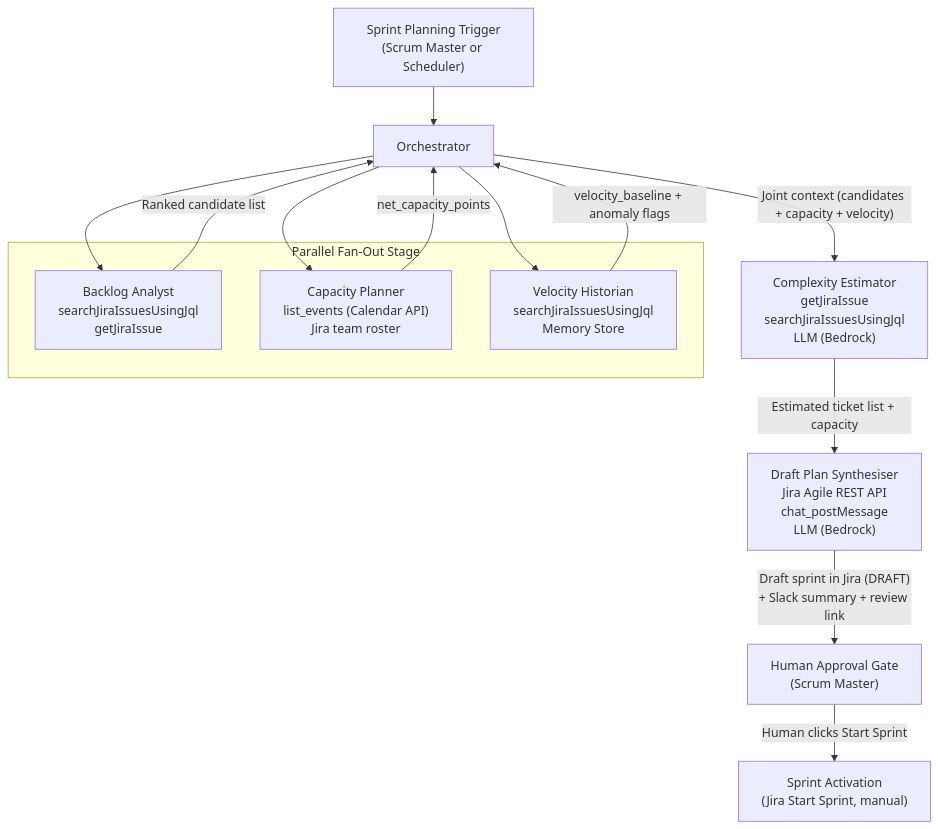
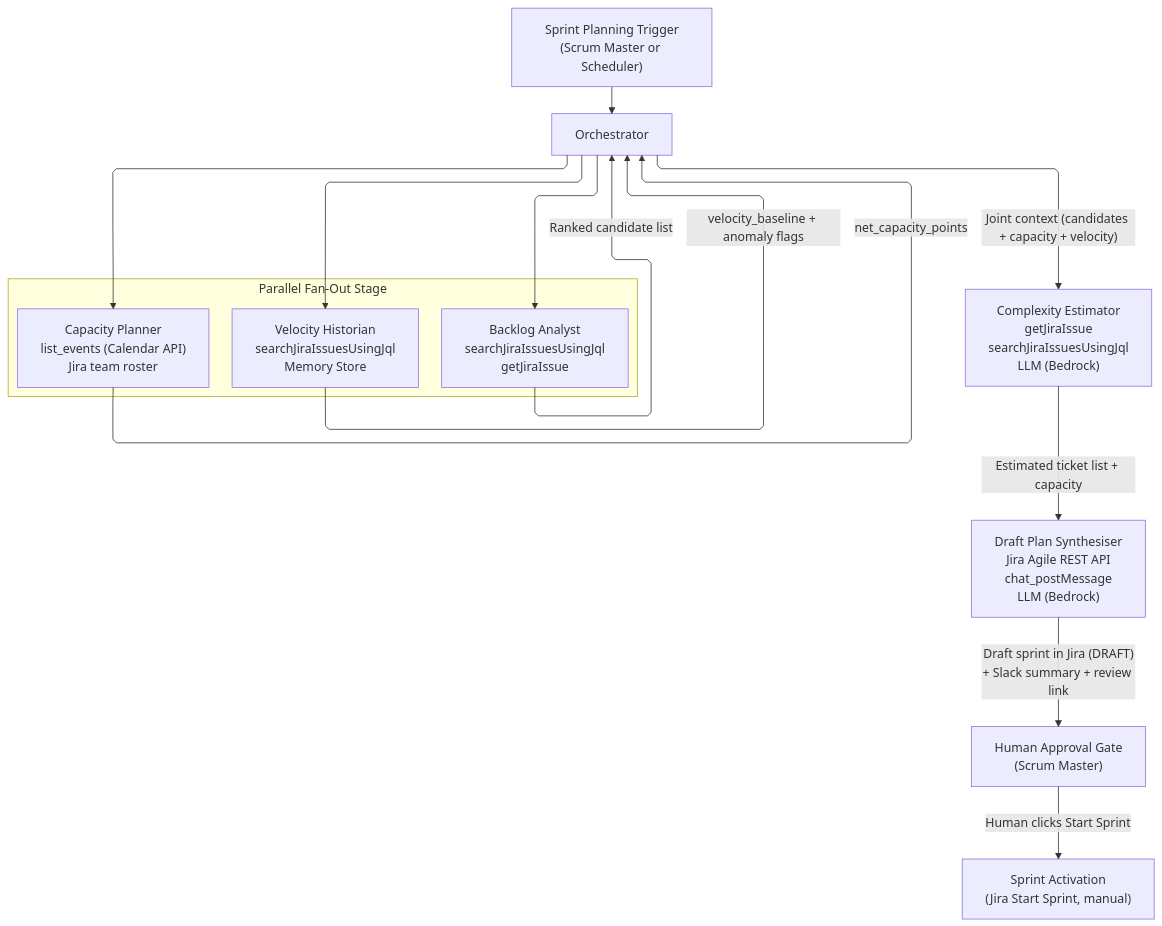
One commit to deeplenstech/agentic-ai-cohort changed the diagram in session7/2.group-activity/project_2/reference_architecture.md. Above: the diagram before and after it, drawn with Mermaid. The commit also changed other lines of this file and 6 other files, not shown here.

Commit message:
Refactored reference architecture

````diff
--- a/session7/2.group-activity/project_2/reference_architecture.md
+++ b/session7/2.group-activity/project_2/reference_architecture.md
@@ -174,29 +137,39 @@
 ```mermaid
+---
+config:
+  layout: elk
+  elk:
+    nodePlacementStrategy: NETWORK_SIMPLEX
+  flowchart:
+    nodeSpacing: 60
+    rankSpacing: 80
+    curve: linear
+---
 graph TD
     TRIGGER["Sprint Planning Trigger\n(Scrum Master or Scheduler)"]
     ORCH["Orchestrator"]
     APPROVE["Human Approval Gate\n(Scrum Master)"]
     ACTIVATE["Sprint Activation\n(Jira Start Sprint, manual)"]
 
     subgraph FanOut["Parallel Fan-Out Stage"]
         BA["Backlog Analyst\nsearchJiraIssuesUsingJql\ngetJiraIssue"]
         CP["Capacity Planner\nlist_events (Calendar API)\nJira team roster"]
         VH["Velocity Historian\nsearchJiraIssuesUsingJql\nMemory Store"]
     end
 
     CE["Complexity Estimator\ngetJiraIssue\nsearchJiraIssuesUsingJql\nLLM (Bedrock)"]
 
     SY["Draft Plan Synthesiser\nJira Agile REST API\nchat_postMessage\nLLM (Bedrock)"]
 
     TRIGGER --> ORCH
     ORCH --> BA
     ORCH --> CP
     ORCH --> VH
     BA -->|"Ranked candidate list"| ORCH
     CP -->|"net_capacity_points"| ORCH
     VH -->|"velocity_baseline + anomaly flags"| ORCH
     ORCH -->|"Joint context (candidates + capacity + velocity)"| CE
     CE -->|"Estimated ticket list + capacity"| SY
     SY -->|"Draft sprint in Jira (DRAFT)\n+ Slack summary + review link"| APPROVE
     APPROVE -->|"Human clicks Start Sprint"| ACTIVATE
 ```
````
